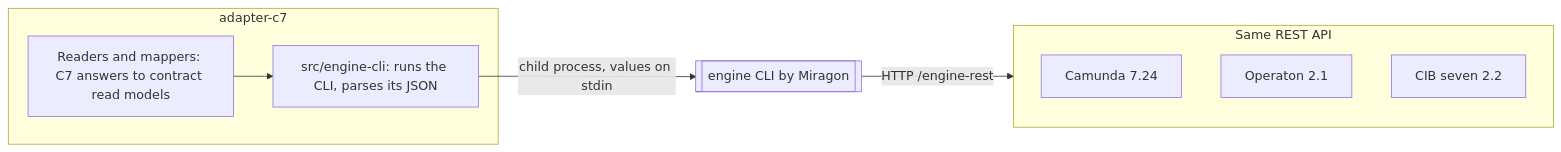
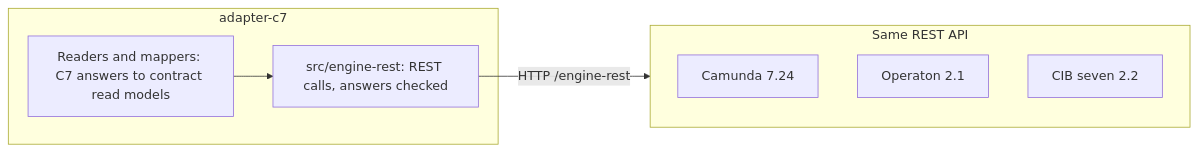
One commit to Miragon/pulse changed the fourth of 7 diagrams in apps/vscode/docs/architecture-overview.md. Above: the diagram before and after it, drawn with Mermaid. The commit also changed other lines of this file and 145 other files, not shown here.

First line of the commit message:
refactor(vscode): read the engine over REST instead of the operate CLI

````diff
--- a/apps/vscode/docs/architecture-overview.md
+++ b/apps/vscode/docs/architecture-overview.md
@@ -151,16 +145,14 @@
 ```mermaid
 flowchart LR
   subgraph adapter [adapter-c7]
     readers[Readers and mappers: C7 answers to contract read models]
-    wrapper[src/engine-cli: runs the CLI, parses its JSON]
+    rest[src/engine-rest: REST calls, answers checked]
   end
-  cli[[engine CLI by Miragon]]
   subgraph family [Same REST API]
     camunda7[Camunda 7.24]
     operaton[Operaton 2.1]
     cibseven[CIB seven 2.2]
   end
-  readers --> wrapper
-  wrapper -- child process, values on stdin --> cli
-  cli -- HTTP /engine-rest --> family
+  readers --> rest
+  rest -- HTTP /engine-rest --> family
 ```
````
